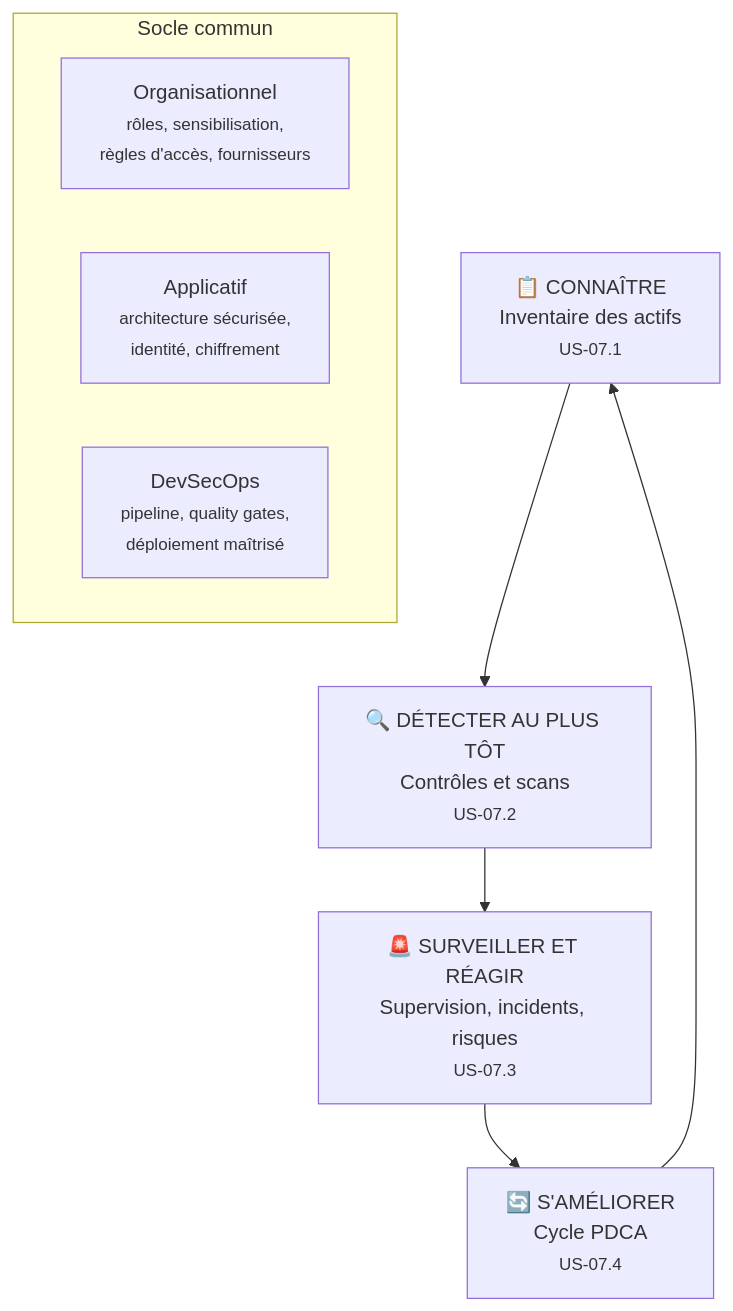
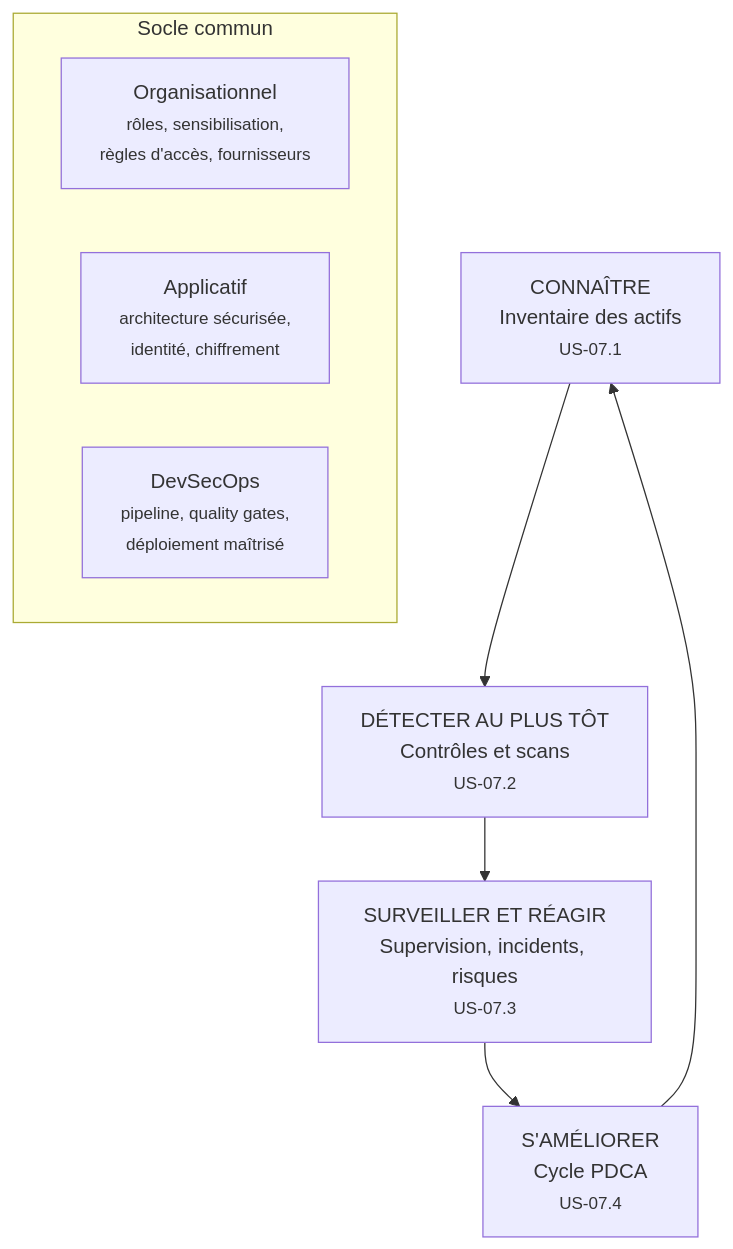
One commit to ALD3X/CESI_B3_Collab changed the first of 2 diagrams in docs/securite/US-07.4_amelioration_continue.md. Above: the diagram before and after it, drawn with Mermaid. The commit also changed other lines of this file and 18 other files, not shown here.

````diff
--- a/docs/securite/US-07.4_amelioration_continue.md
+++ b/docs/securite/US-07.4_amelioration_continue.md
@@ -15,13 +15,13 @@
 ```mermaid
 flowchart TB
-    INV["📋 CONNAÎTRE<br/>Inventaire des actifs<br/><small>US-07.1</small>"]
-    CTRL["🔍 DÉTECTER AU PLUS TÔT<br/>Contrôles et scans<br/><small>US-07.2</small>"]
-    SUP["🚨 SURVEILLER ET RÉAGIR<br/>Supervision, incidents, risques<br/><small>US-07.3</small>"]
-    AMC["🔄 S'AMÉLIORER<br/>Cycle PDCA<br/><small>US-07.4</small>"]
+    INV["CONNAÎTRE<br/>Inventaire des actifs<br/><small>US-07.1</small>"]
+    CTRL["DÉTECTER AU PLUS TÔT<br/>Contrôles et scans<br/><small>US-07.2</small>"]
+    SUP["SURVEILLER ET RÉAGIR<br/>Supervision, incidents, risques<br/><small>US-07.3</small>"]
+    AMC["S'AMÉLIORER<br/>Cycle PDCA<br/><small>US-07.4</small>"]
     INV --> CTRL --> SUP --> AMC --> INV
     subgraph SOCLE["Socle commun"]
         ORG["Organisationnel<br/><small>rôles, sensibilisation,<br/>règles d'accès, fournisseurs</small>"]
         APP["Applicatif<br/><small>architecture sécurisée,<br/>identité, chiffrement</small>"]
         DSO["DevSecOps<br/><small>pipeline, quality gates,<br/>déploiement maîtrisé</small>"]
     end
 ```
````
